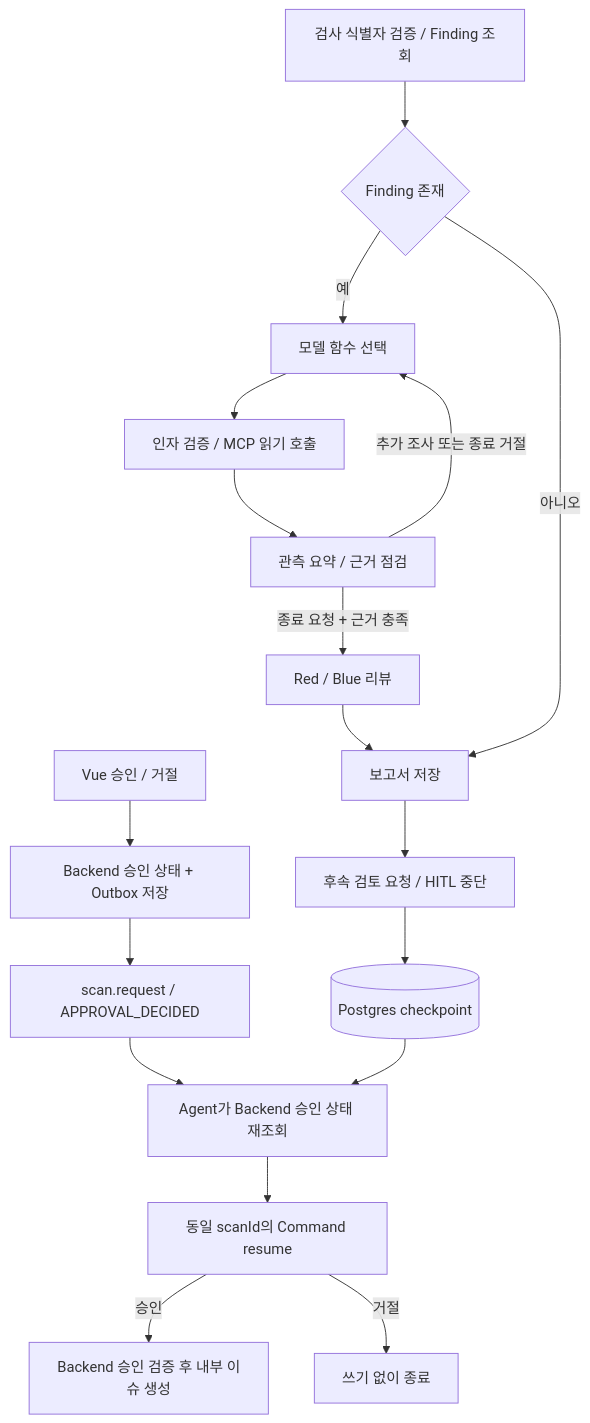
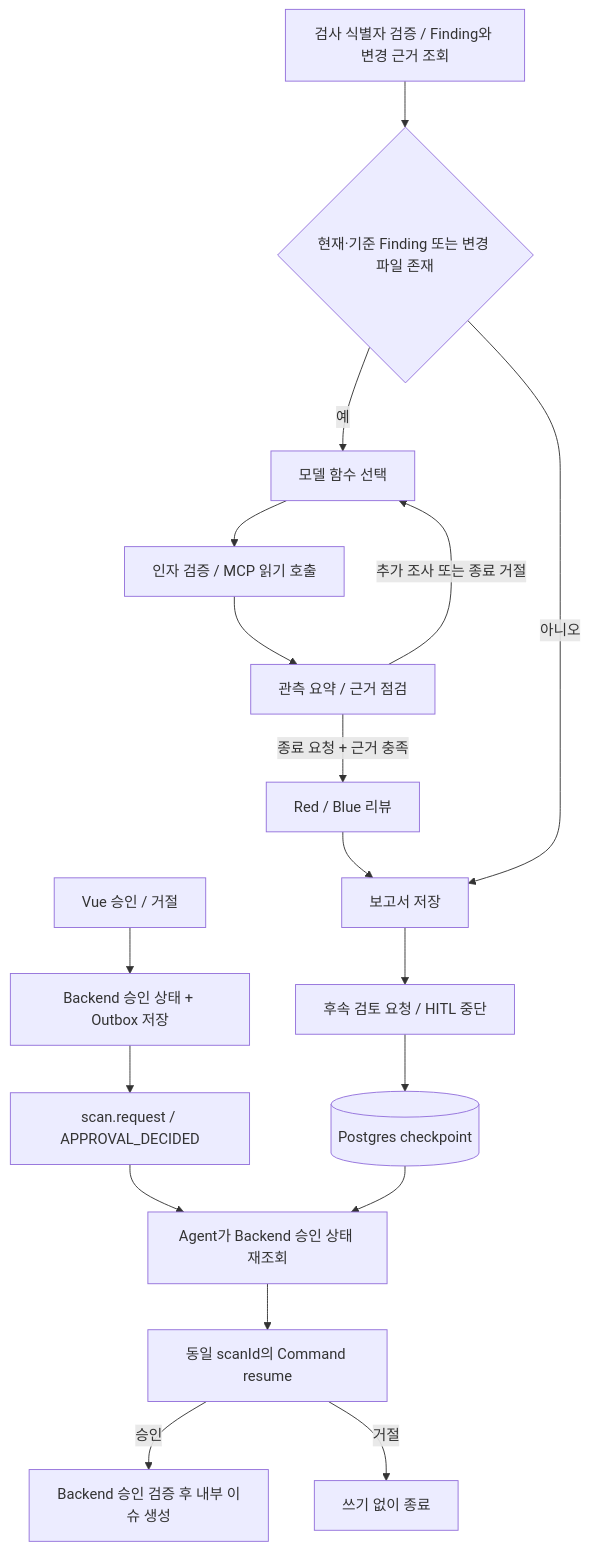
The diagram in docs/AGENT_HARNESS.md (ymj9608/csi), drawn with Mermaid before and after one commit. The commit also changed other lines of this file and 24 other files, not shown here.

````diff
--- a/docs/AGENT_HARNESS.md
+++ b/docs/AGENT_HARNESS.md
@@ -7,20 +7,20 @@
 ```mermaid
 flowchart TD
-  V[검사 식별자 검증 / Finding 조회] --> S{Finding 존재}
+  V[검사 식별자 검증 / Finding와 변경 근거 조회] --> S{현재·기준 Finding 또는 변경 파일 존재}
   S -->|예| P[모델 함수 선택]
   P --> T[인자 검증 / MCP 읽기 호출]
   T --> O[관측 요약 / 근거 점검]
   O -->|추가 조사 또는 종료 거절| P
   O -->|종료 요청 + 근거 충족| R[Red / Blue 리뷰]
   R --> W[보고서 저장]
   S -->|아니오| W
   W --> A[후속 검토 요청 / HITL 중단]
   A --> C[(Postgres checkpoint)]
   U[Vue 승인 / 거절] --> B[Backend 승인 상태 + Outbox 저장]
   B --> K[scan.request / APPROVAL_DECIDED]
   K --> G[Agent가 Backend 승인 상태 재조회]
   C --> G
   G --> M[동일 scanId의 Command resume]
   M -->|승인| I[Backend 승인 검증 후 내부 이슈 생성]
   M -->|거절| F[쓰기 없이 종료]
 ```
````
